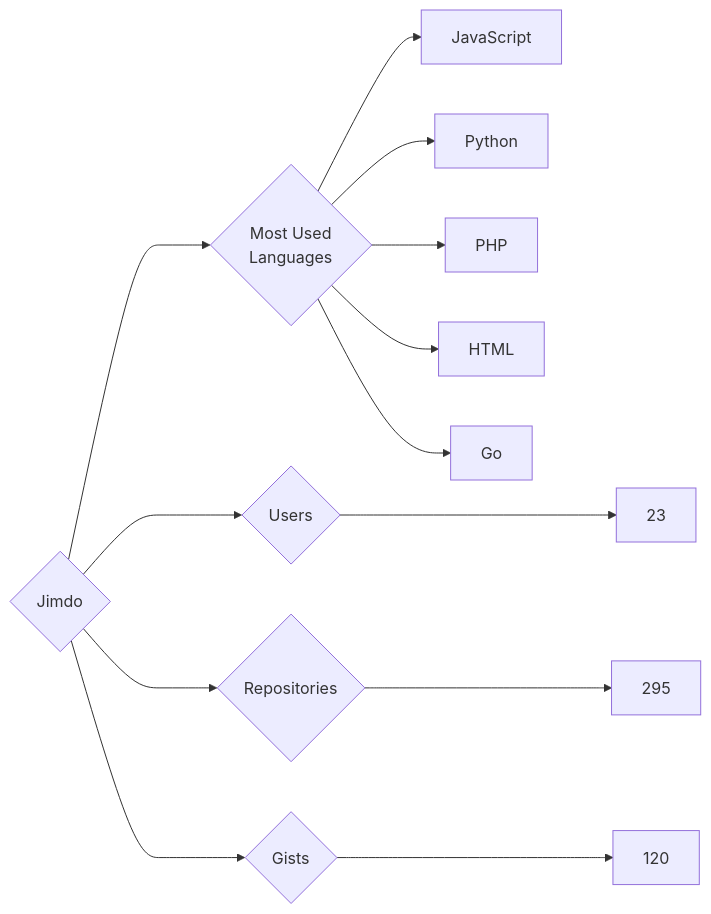
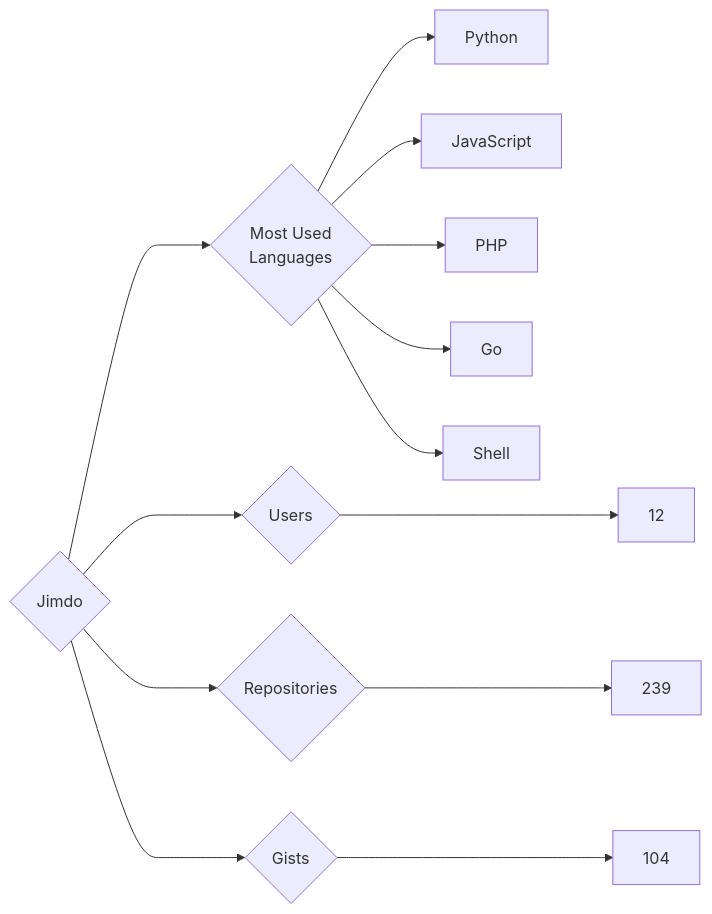
The diagram in targets/Jimdo/README.md (trickest/insiders), drawn with Mermaid before and after one commit. The commit also changed 935 other files, not shown here.

````diff
--- a/targets/Jimdo/README.md
+++ b/targets/Jimdo/README.md
@@ -3,13 +3,13 @@
 ```mermaid
 graph LR
 COMPANY_NAME{Jimdo}
-COMPANY_NAME ---> U{Users} ---> UN[23]
-COMPANY_NAME ---> R{Repositories} ---> RN[295]
-COMPANY_NAME ---> G{Gists} ---> GN[120]
+COMPANY_NAME ---> U{Users} ---> UN[12]
+COMPANY_NAME ---> R{Repositories} ---> RN[239]
+COMPANY_NAME ---> G{Gists} ---> GN[104]
 COMPANY_NAME ---> ML{Most Used<br>Languages}
+ML --> Python[Python]
 ML --> JavaScript[JavaScript]
-ML --> Python[Python]
 ML --> PHP[PHP]
-ML --> HTML[HTML]
 ML --> Go[Go]
+ML --> Shell[Shell]
 ```
````
